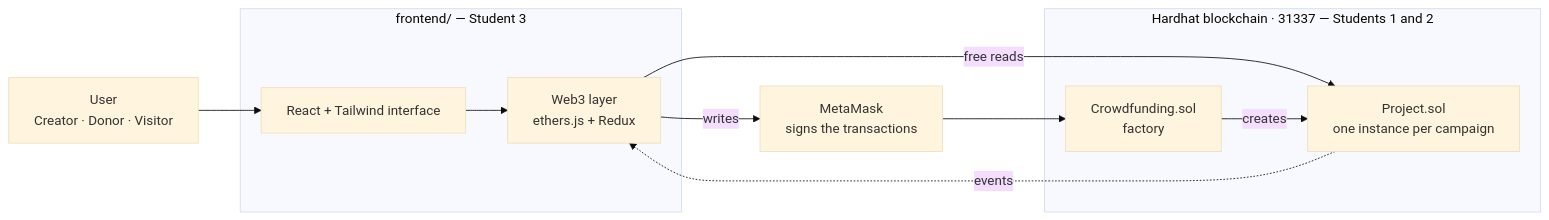
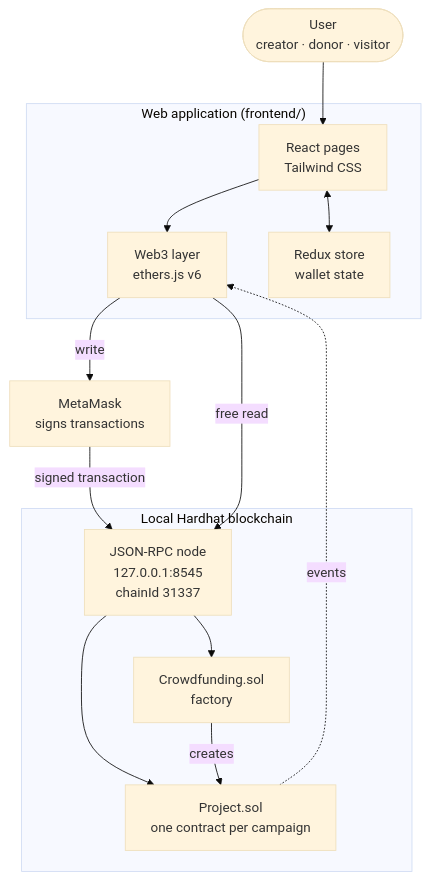
The first of 3 diagrams in README.en.md (Chaksterr/Crowdfunding-blockchain), drawn with Mermaid (base theme) before and after one commit. The commit also changed other lines of this file and 1 other file, not shown here.

````diff
--- a/README.en.md
+++ b/README.en.md
@@ -106,18 +43,29 @@
 ```mermaid
-flowchart LR
-    U["User<br/>Creator · Donor · Visitor"]
-    subgraph FRONT["frontend/ — Student 3"]
-        UI["React + Tailwind interface"]
-        W3["Web3 layer<br/>ethers.js + Redux"]
+flowchart TB
+    U(["User<br/>creator · donor · visitor"])
+
+    subgraph WEB["Web application (frontend/)"]
+        UI["React pages<br/>Tailwind CSS"]
+        W3["Web3 layer<br/>ethers.js v6"]
+        ST["Redux store<br/>wallet state"]
     end
-    MM["MetaMask<br/>signs the transactions"]
-    subgraph CHAIN["Hardhat blockchain · 31337 — Students 1 and 2"]
+
+    MM["MetaMask<br/>signs transactions"]
+
+    subgraph CHAIN["Local Hardhat blockchain"]
+        RPC["JSON-RPC node<br/>127.0.0.1:8545<br/>chainId 31337"]
         F["Crowdfunding.sol<br/>factory"]
-        P["Project.sol<br/>one instance per campaign"]
+        P["Project.sol<br/>one contract per campaign"]
     end
-    U --> UI --> W3
-    W3 -- "writes" --> MM --> F
-    W3 -- "free reads" --> P
+
+    U --> UI
+    UI --> W3
+    UI <--> ST
+    W3 -- "write" --> MM
+    MM -- "signed transaction" --> RPC
+    W3 -- "free read" --> RPC
+    RPC --> F
+    RPC --> P
     F -- "creates" --> P
     P -. "events" .-> W3
 ```
````
